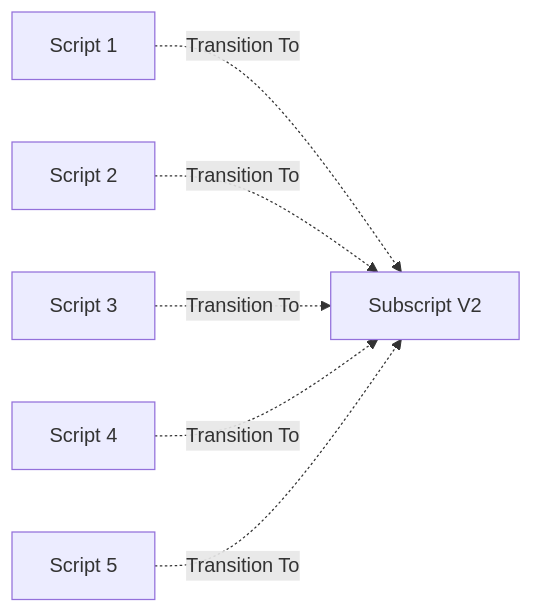
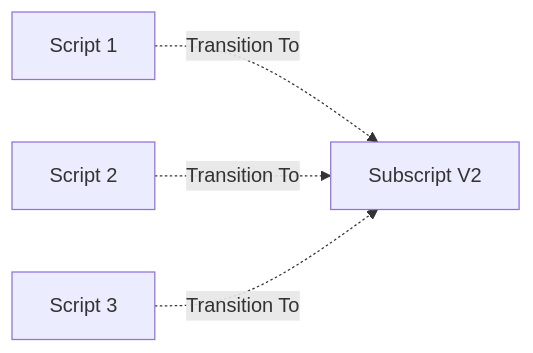
One commit to CloudChi/FX-Framework changed the second of 4 diagrams in Versions_Updating.md. Above: the diagram before and after it, drawn with Mermaid. The commit also changed other lines of this file, not shown here.

````diff
--- a/Versions_Updating.md
+++ b/Versions_Updating.md
@@ -22,8 +20,6 @@
 ```mermaid
 graph LR
   A[Script 1] -. Transition To .-> G[Subscript V2] 
   B[Script 2] -. Transition To .-> G 
   C[Script 3] -. Transition To .-> G 
-  D[Script 4] -. Transition To .-> G 
-  E[Script 5] -. Transition To .-> G 
 ```
````
